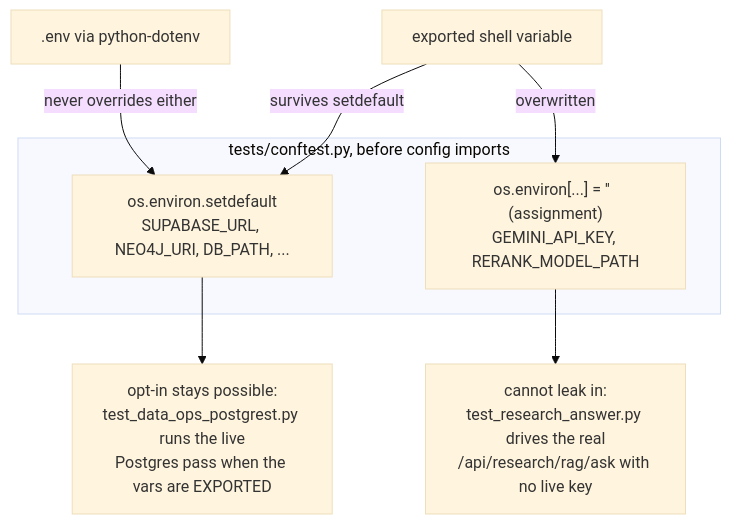
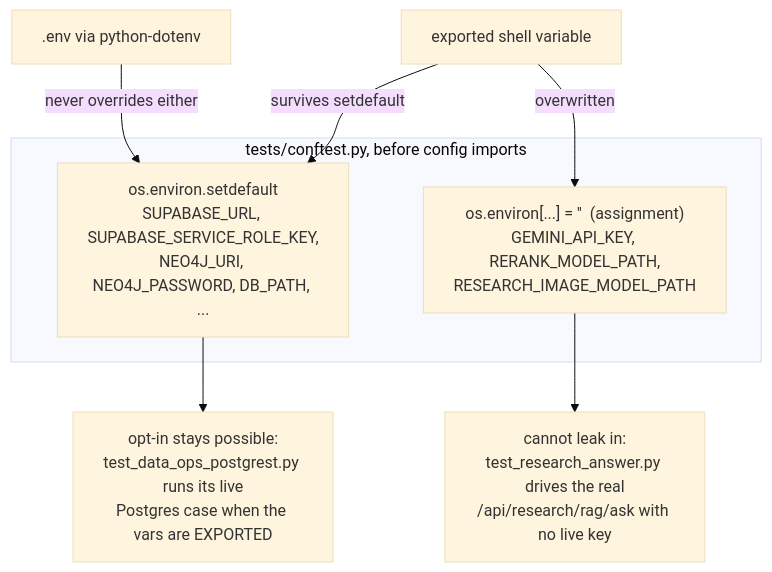
The first of 4 diagrams in docs/testing/TESTING.md (Manutd1234/AlphaEngine), drawn with Mermaid (base theme) before and after one commit. The commit also changed other lines of this file and 16 other files, not shown here.

````diff
--- a/docs/testing/TESTING.md
+++ b/docs/testing/TESTING.md
@@ -81,12 +114,12 @@
 ```mermaid
 flowchart TD
     subgraph conftest["tests/conftest.py, before config imports"]
-        A["os.environ.setdefault<br/>SUPABASE_URL, NEO4J_URI, DB_PATH, ..."]
-        B["os.environ[...] = ''  (assignment)<br/>GEMINI_API_KEY, RERANK_MODEL_PATH"]
+        A["os.environ.setdefault<br/>SUPABASE_URL, SUPABASE_SERVICE_ROLE_KEY,<br/>NEO4J_URI, NEO4J_PASSWORD, DB_PATH, ..."]
+        B["os.environ[...] = ''  (assignment)<br/>GEMINI_API_KEY, RERANK_MODEL_PATH,<br/>RESEARCH_IMAGE_MODEL_PATH"]
     end
     ENV["exported shell variable"] -->|survives setdefault| A
     ENV -->|overwritten| B
     DOTENV[".env via python-dotenv"] -->|never overrides either| A
-    A --> OPT["opt-in stays possible:<br/>test_data_ops_postgrest.py runs the live<br/>Postgres pass when the vars are EXPORTED"]
+    A --> OPT["opt-in stays possible:<br/>test_data_ops_postgrest.py runs its live<br/>Postgres case when the vars are EXPORTED"]
     B --> OFF["cannot leak in:<br/>test_research_answer.py drives the real<br/>/api/research/rag/ask with no live key"]
 ```
````
